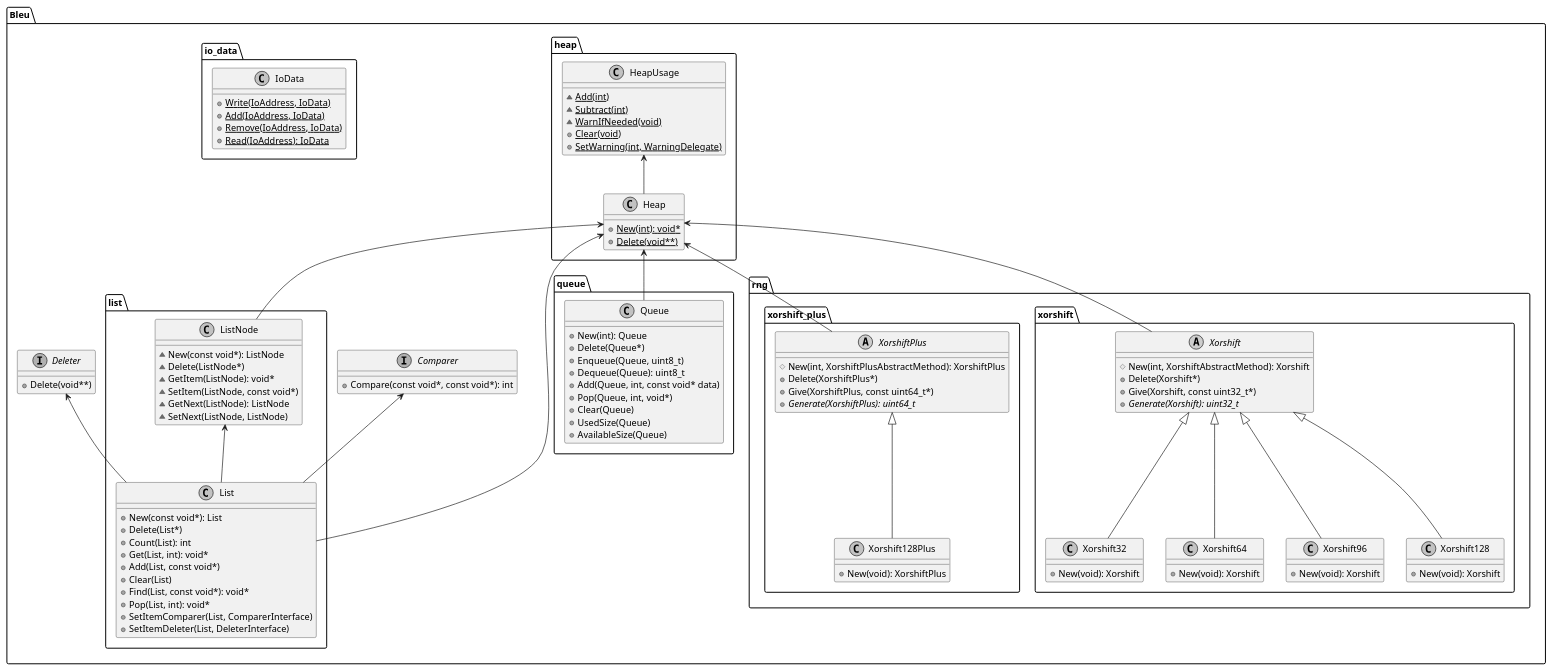
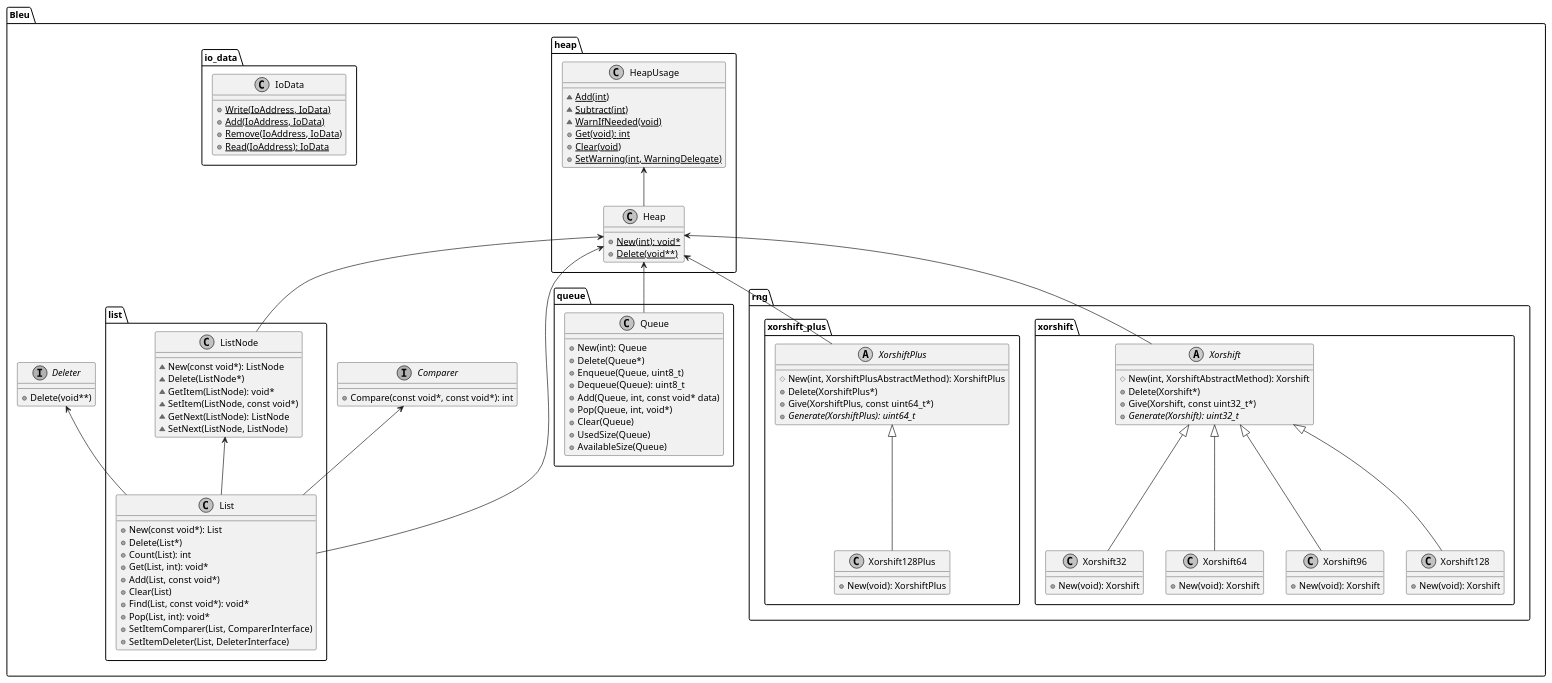
The diagram in doc/class_diagram.pu (kokabe2/bleu), drawn with PlantUML before and after one commit. The commit also changed 1 other file, not shown here.

```diff
--- a/doc/class_diagram.pu
+++ b/doc/class_diagram.pu
@@ -2,119 +2,120 @@
 @startuml class_diagram
 skinparam {
     defaultFontName Ricty Diminished
     monochrome true
 }
 
 package Bleu {
     folder heap {
         class Heap {
             + {static} New(int): void*
             + {static} Delete(void**)
         }
         class HeapUsage {
             ~ {static} Add(int)
             ~ {static} Subtract(int)
             ~ {static} WarnIfNeeded(void)
+            + {static} Get(void): int
             + {static} Clear(void)
             + {static} SetWarning(int, WarningDelegate)
         }
     }
     folder io_data {
         class IoData {
             + {static} Write(IoAddress, IoData)
             + {static} Add(IoAddress, IoData)
             + {static} Remove(IoAddress, IoData)
             + {static} Read(IoAddress): IoData
         }
     }
     folder list {
         class ListNode {
             ~ New(const void*): ListNode
             ~ Delete(ListNode*)
             ~ GetItem(ListNode): void*
             ~ SetItem(ListNode, const void*)
             ~ GetNext(ListNode): ListNode
             ~ SetNext(ListNode, ListNode)
         }
         class List {
             + New(const void*): List
             + Delete(List*)
             + Count(List): int
             + Get(List, int): void*
             + Add(List, const void*)
             + Clear(List)
             + Find(List, const void*): void*
             + Pop(List, int): void*
             + SetItemComparer(List, ComparerInterface)
             + SetItemDeleter(List, DeleterInterface)
         }
     }
     interface Comparer {
         + Compare(const void*, const void*): int
     }
     interface Deleter {
         + Delete(void**)
     }
     folder queue {
         class Queue {
             + New(int): Queue
             + Delete(Queue*)
             + Enqueue(Queue, uint8_t)
             + Dequeue(Queue): uint8_t
             + Add(Queue, int, const void* data)
             + Pop(Queue, int, void*)
             + Clear(Queue)
             + UsedSize(Queue)
             + AvailableSize(Queue)
         }
     }
     folder rng {
         folder xorshift {
             abstract Xorshift {
                 # New(int, XorshiftAbstractMethod): Xorshift
                 + Delete(Xorshift*)
                 + Give(Xorshift, const uint32_t*)
                 + {abstract} Generate(Xorshift): uint32_t
             }
             class Xorshift32 {
                 + New(void): Xorshift
             }
             class Xorshift64 {
                 + New(void): Xorshift
             }
             class Xorshift96 {
                 + New(void): Xorshift
             }
             class Xorshift128 {
                 + New(void): Xorshift
             }
         }
         folder xorshift_plus {
             abstract XorshiftPlus {
                 # New(int, XorshiftPlusAbstractMethod): XorshiftPlus
                 + Delete(XorshiftPlus*)
                 + Give(XorshiftPlus, const uint64_t*)
                 + {abstract} Generate(XorshiftPlus): uint64_t
             }
             class Xorshift128Plus {
                 + New(void): XorshiftPlus
             }
         }
     }
 
     HeapUsage <-- Heap
     Heap <-- ListNode
     Heap <-- List
     ListNode <-- List
     Comparer <-- List
     Deleter <-- List
     Heap <-- Queue
     Heap <-- Xorshift
     Xorshift <|-- Xorshift32
     Xorshift <|-- Xorshift64
     Xorshift <|-- Xorshift96
     Xorshift <|-- Xorshift128
     Heap <-- XorshiftPlus
     XorshiftPlus <|-- Xorshift128Plus
 }
 @enduml
```
